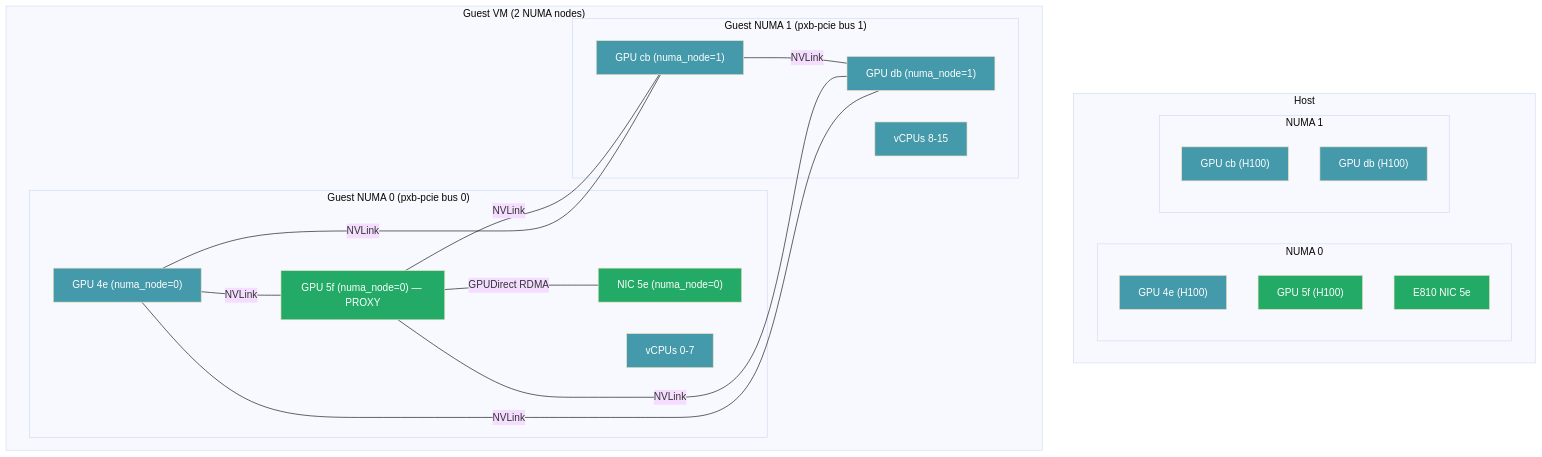
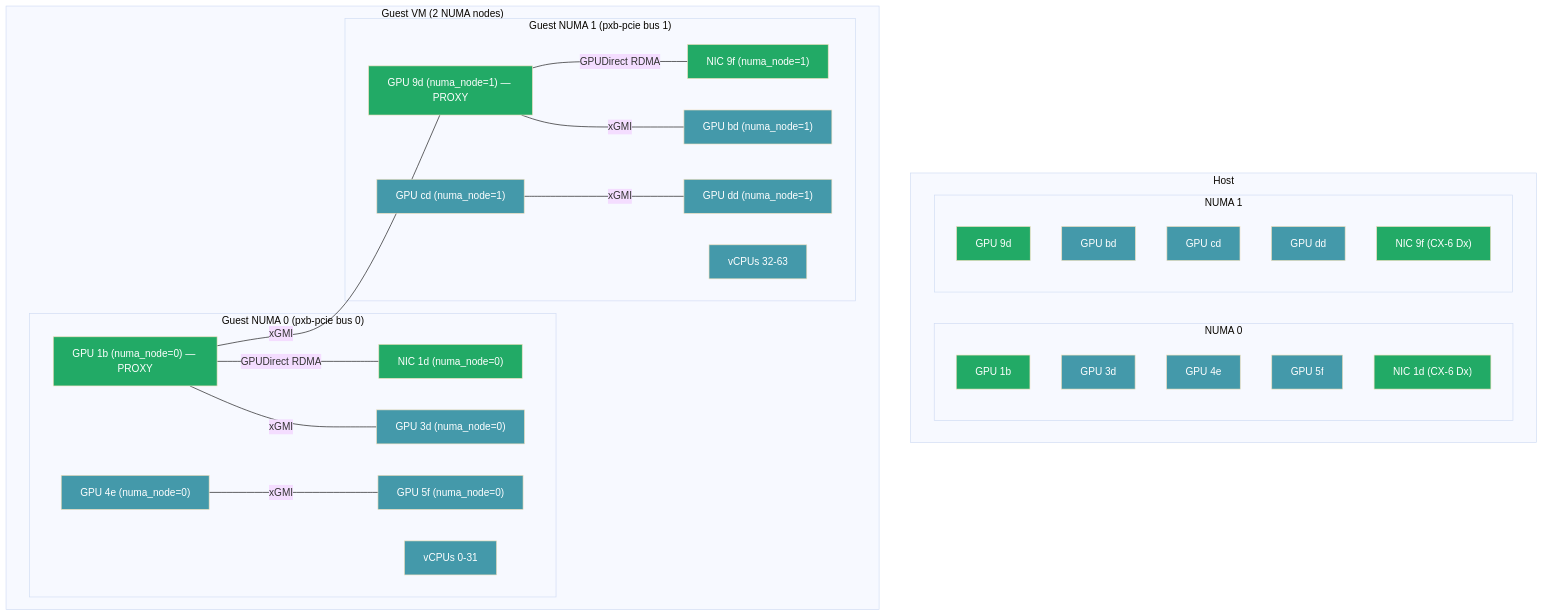
One commit to johnahull/dra-topology-aware-co-placement changed the sixth of 6 diagrams in docs/diagrams/use-case-diagrams.md. Above: the diagram before and after it, drawn with Mermaid (base theme). The commit also changed other lines of this file and 1 other file, not shown here.

Commit message:
Swap multi-NUMA VM diagram to XE9680 (8x MI300X)
XE9680 is a better fit: 4 GPUs + NIC per socket, so a full-node VM
gets 2 NUMA groups each with its own proxy GPU + NIC. NCCL inside
the VM can make per-NUMA proxy selections.

````diff
--- a/docs/diagrams/use-case-diagrams.md
+++ b/docs/diagrams/use-case-diagrams.md
@@ -265,49 +265,69 @@
 ```mermaid
 graph TD
     subgraph "Host"
         subgraph "NUMA 0"
-            H_GPU0["GPU 4e (H100)"]
-            H_GPU1["GPU 5f (H100)"]
-            H_NIC["E810 NIC 5e"]
+            H_GPU0["GPU 1b"]
+            H_GPU1["GPU 3d"]
+            H_GPU2["GPU 4e"]
+            H_GPU3["GPU 5f"]
+            H_NIC0["NIC 1d (CX-6 Dx)"]
         end
         subgraph "NUMA 1"
-            H_GPU2["GPU cb (H100)"]
-            H_GPU3["GPU db (H100)"]
+            H_GPU4["GPU 9d"]
+            H_GPU5["GPU bd"]
+            H_GPU6["GPU cd"]
+            H_GPU7["GPU dd"]
+            H_NIC1["NIC 9f (CX-6 Dx)"]
         end
     end
 
     subgraph "Guest VM (2 NUMA nodes)"
         subgraph "Guest NUMA 0 (pxb-pcie bus 0)"
-            G_GPU0["GPU 4e (numa_node=0)"]
-            G_GPU1["GPU 5f (numa_node=0) — PROXY"]
-            G_NIC["NIC 5e (numa_node=0)"]
-            G_CPU0["vCPUs 0-7"]
-            G_GPU1 ---|"GPUDirect RDMA"| G_NIC
+            G_GPU0["GPU 1b (numa_node=0) — PROXY"]
+            G_GPU1["GPU 3d (numa_node=0)"]
+            G_GPU2["GPU 4e (numa_node=0)"]
+            G_GPU3["GPU 5f (numa_node=0)"]
+            G_NIC0["NIC 1d (numa_node=0)"]
+            G_CPU0["vCPUs 0-31"]
+            G_GPU0 ---|"GPUDirect RDMA"| G_NIC0
         end
         subgraph "Guest NUMA 1 (pxb-pcie bus 1)"
-            G_GPU2["GPU cb (numa_node=1)"]
-            G_GPU3["GPU db (numa_node=1)"]
-            G_CPU1["vCPUs 8-15"]
+            G_GPU4["GPU 9d (numa_node=1) — PROXY"]
+            G_GPU5["GPU bd (numa_node=1)"]
+            G_GPU6["GPU cd (numa_node=1)"]
+            G_GPU7["GPU dd (numa_node=1)"]
+            G_NIC1["NIC 9f (numa_node=1)"]
+            G_CPU1["vCPUs 32-63"]
+            G_GPU4 ---|"GPUDirect RDMA"| G_NIC1
         end
     end
 
-    G_GPU0 ---|"NVLink"| G_GPU1
-    G_GPU0 ---|"NVLink"| G_GPU2
-    G_GPU0 ---|"NVLink"| G_GPU3
-    G_GPU1 ---|"NVLink"| G_GPU2
-    G_GPU1 ---|"NVLink"| G_GPU3
-    G_GPU2 ---|"NVLink"| G_GPU3
+    G_GPU0 ---|"xGMI"| G_GPU1
+    G_GPU0 ---|"xGMI"| G_GPU4
+    G_GPU2 ---|"xGMI"| G_GPU3
+    G_GPU4 ---|"xGMI"| G_GPU5
+    G_GPU6 ---|"xGMI"| G_GPU7
 
-    style H_GPU0 fill:#49a,color:#fff
-    style H_GPU1 fill:#2a6,color:#fff
-    style H_NIC fill:#2a6,color:#fff
+    style H_GPU0 fill:#2a6,color:#fff
+    style H_GPU1 fill:#49a,color:#fff
     style H_GPU2 fill:#49a,color:#fff
     style H_GPU3 fill:#49a,color:#fff
-    style G_GPU0 fill:#49a,color:#fff
-    style G_GPU1 fill:#2a6,color:#fff
-    style G_NIC fill:#2a6,color:#fff
-    style G_CPU0 fill:#49a,color:#fff
+    style H_NIC0 fill:#2a6,color:#fff
+    style H_GPU4 fill:#2a6,color:#fff
+    style H_GPU5 fill:#49a,color:#fff
+    style H_GPU6 fill:#49a,color:#fff
+    style H_GPU7 fill:#49a,color:#fff
+    style H_NIC1 fill:#2a6,color:#fff
+    style G_GPU0 fill:#2a6,color:#fff
+    style G_GPU1 fill:#49a,color:#fff
     style G_GPU2 fill:#49a,color:#fff
     style G_GPU3 fill:#49a,color:#fff
+    style G_NIC0 fill:#2a6,color:#fff
+    style G_CPU0 fill:#49a,color:#fff
+    style G_GPU4 fill:#2a6,color:#fff
+    style G_GPU5 fill:#49a,color:#fff
+    style G_GPU6 fill:#49a,color:#fff
+    style G_GPU7 fill:#49a,color:#fff
+    style G_NIC1 fill:#2a6,color:#fff
     style G_CPU1 fill:#49a,color:#fff
 ```
````
